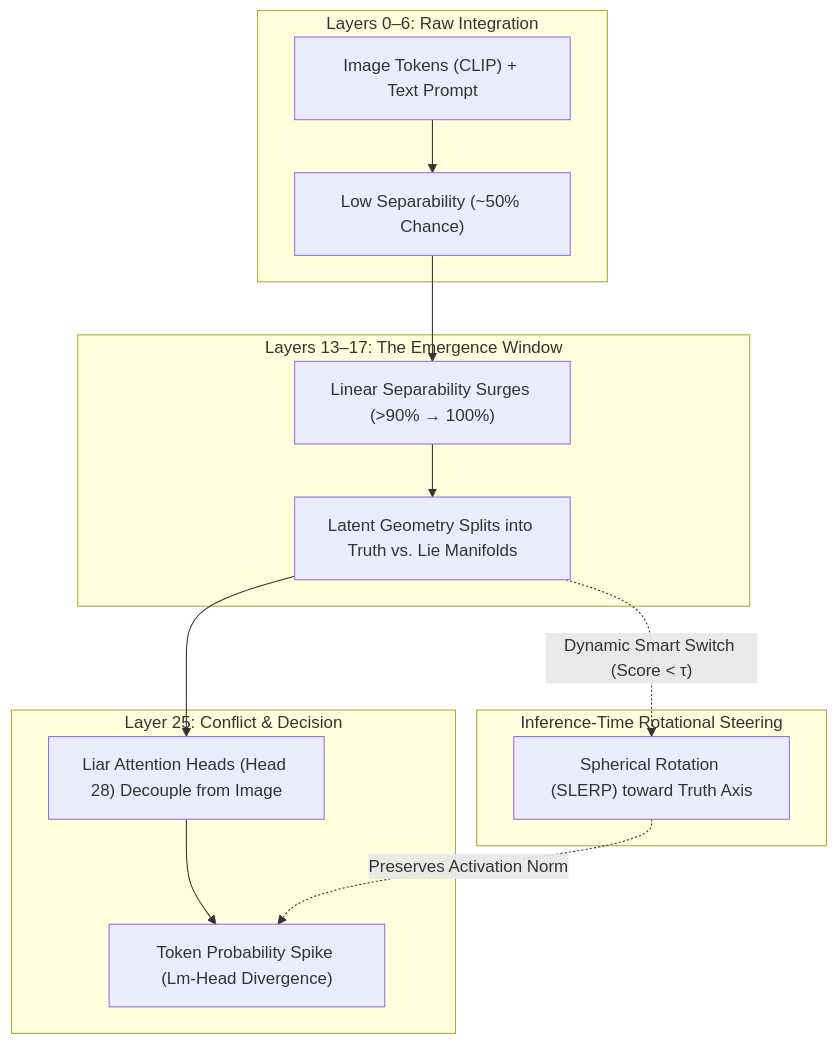
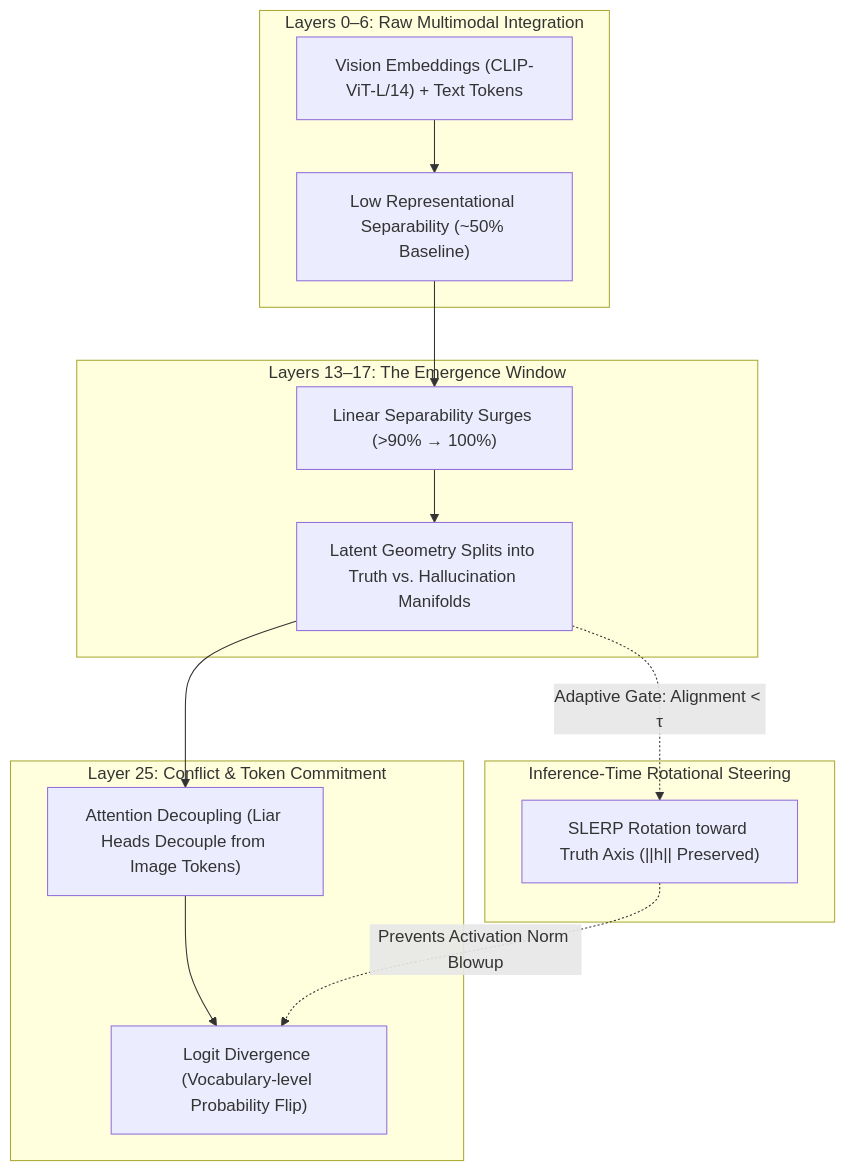
Before and after one commit to basavarajnaduvinamani/DA5410-Winter-Project: the diagram in README.md, drawn with Mermaid. The commit also changed other lines of this file and 11 other files, not shown here.

````diff
--- a/README.md
+++ b/README.md
@@ -28,21 +28,21 @@
 ```mermaid
 flowchart TD
-    subgraph EarlyLayers ["Layers 0–6: Raw Integration"]
-        A["Image Tokens (CLIP) + Text Prompt"] --> B["Low Separability (~50% Chance)"]
+    subgraph EarlyLayers ["Layers 0–6: Raw Multimodal Integration"]
+        A["Vision Embeddings (CLIP-ViT-L/14) + Text Tokens"] --> B["Low Representational Separability (~50% Baseline)"]
     end
 
     subgraph MidLayers ["Layers 13–17: The Emergence Window"]
         B --> C["Linear Separability Surges (>90% → 100%)"]
-        C --> D["Latent Geometry Splits into Truth vs. Lie Manifolds"]
+        C --> D["Latent Geometry Splits into Truth vs. Hallucination Manifolds"]
     end
 
-    subgraph LateLayers ["Layer 25: Conflict & Decision"]
-        D --> E["Liar Attention Heads (Head 28) Decouple from Image"]
-        E --> F["Token Probability Spike (Lm-Head Divergence)"]
+    subgraph DecisionLayer ["Layer 25: Conflict & Token Commitment"]
+        D --> E["Attention Decoupling (Liar Heads Decouple from Image Tokens)"]
+        E --> F["Logit Divergence (Vocabulary-level Probability Flip)"]
     end
 
-    subgraph SteeringIntervention ["Inference-Time Rotational Steering"]
-        D -.->|"Dynamic Smart Switch (Score < τ)"| G["Spherical Rotation (SLERP) toward Truth Axis"]
-        G -.->|"Preserves Activation Norm"| F
+    subgraph InferenceIntervention ["Inference-Time Rotational Steering"]
+        D -.->|"Adaptive Gate: Alignment < τ"| G["SLERP Rotation toward Truth Axis (||h|| Preserved)"]
+        G -.->|"Prevents Activation Norm Blowup"| F
     end
 ```
````
